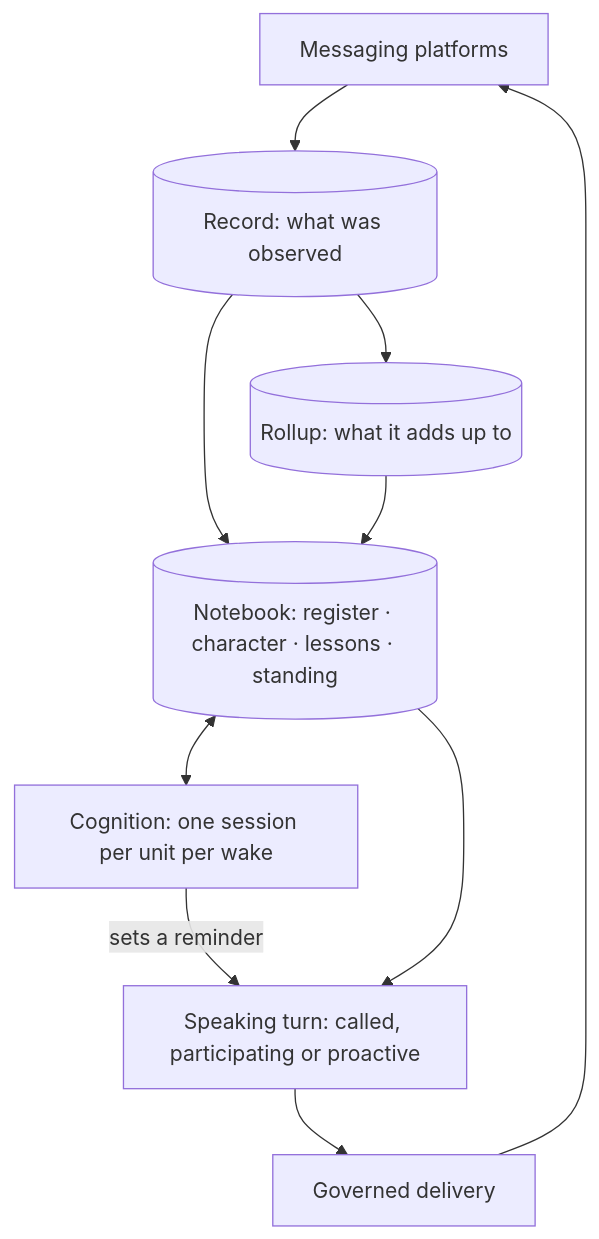
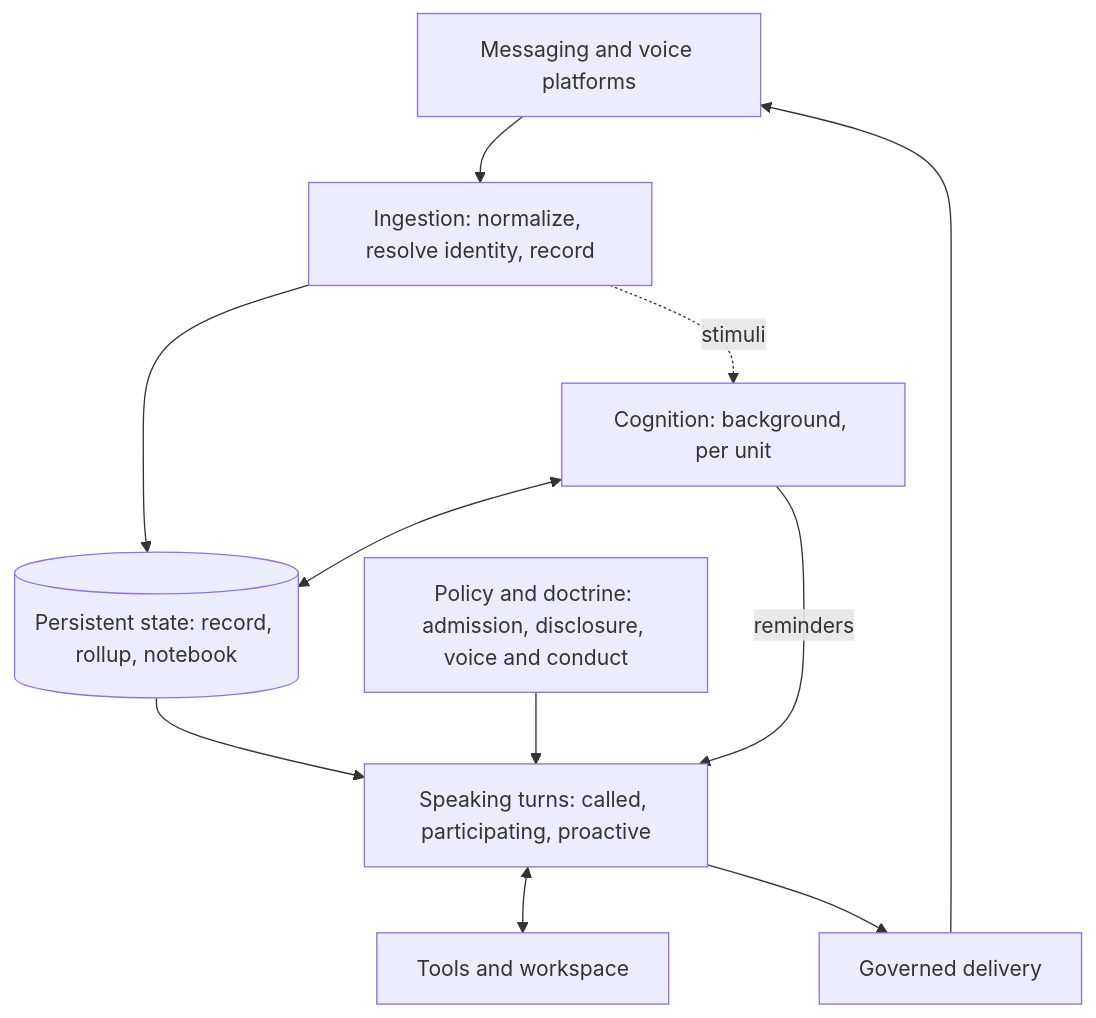
One commit to mikeng-io/nora changed the diagram in README.md. Above: the diagram before and after it, drawn with Mermaid. The commit also changed other lines of this file, not shown here.

First line of the commit message:
docs(readme): give the README a high-level architecture and keep the depth in ARCHITECTURE.md

````diff
--- a/README.md
+++ b/README.md
@@ -117,15 +70,16 @@
 ```mermaid
 flowchart TD
-    accTitle: Nora runtime overview
-    accDescr: Messaging events are written to the record. Rollup and the notebook build on it. A cognition session per unit reads and writes the notebook and acts only by setting reminders. Speaking turns assemble context from the notebook, and delivery is governed by room policy.
+    accTitle: Nora architecture at a glance
+    accDescr: Platform events are ingested and recorded into persistent state. Policy and doctrine govern admission and disclosure. Speaking turns assemble context from state, use tools and the workspace, and send through governed delivery. A background cognition process reads stimuli, maintains state and sets reminders that become speaking turns.
 
-    Messages["Messaging platforms"] --> Record[("Record: what was observed")]
-    Record --> Rollup[("Rollup: what it adds up to")]
-    Record --> Notebook
-    Rollup --> Notebook[("Notebook: register · character · lessons · standing")]
-    Notebook <--> Cognition["Cognition: one session per unit per wake"]
-    Cognition -->|"sets a reminder"| Turn
-    Notebook --> Turn["Speaking turn: called, participating or proactive"]
-    Turn --> Delivery["Governed delivery"]
-    Delivery --> Messages
+    Platforms["Messaging and voice platforms"] --> Ingest["Ingestion: normalize, resolve identity, record"]
+    Ingest --> State[("Persistent state: record, rollup, notebook")]
+    Ingest -.->|"stimuli"| Cognition["Cognition: background, per unit"]
+    Cognition <--> State
+    Cognition -->|"reminders"| Turns
+    Policy["Policy and doctrine: admission, disclosure, voice and conduct"] --> Turns
+    State --> Turns["Speaking turns: called, participating, proactive"]
+    Turns <--> Tools["Tools and workspace"]
+    Turns --> Delivery["Governed delivery"]
+    Delivery --> Platforms
 ```
````
